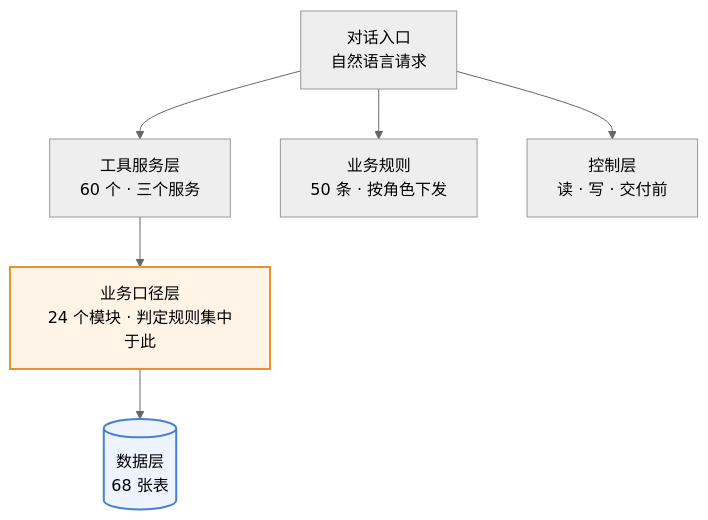
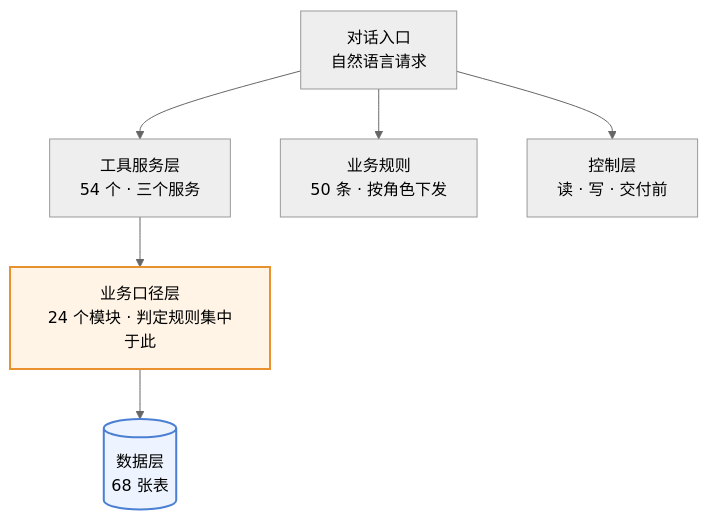
The first of 4 diagrams in 澜绣云裳agent-产品需求文档.md (843773296-rgb/lanxiu-yunshang-agent), drawn with Mermaid (neutral theme) before and after one commit. The commit also changed other lines of this file and 15 other files, not shown here.

````diff
--- a/澜绣云裳agent-产品需求文档.md
+++ b/澜绣云裳agent-产品需求文档.md
@@ -132,12 +133,12 @@
 ```mermaid
 flowchart TD
     M["对话入口<br/>自然语言请求"]
-    M --> T["工具服务层<br/>60 个 · 三个服务"]
+    M --> T["工具服务层<br/>54 个 · 三个服务"]
     M --> R["业务规则<br/>50 条 · 按角色下发"]
     M --> G["控制层<br/>读 · 写 · 交付前"]
     T --> K["业务口径层<br/>24 个模块 · 判定规则集中于此"]
     K --> DB[("数据层<br/>68 张表")]
 
     style K fill:#fff4e6,stroke:#e8912d,stroke-width:2px
     style DB fill:#eef4ff,stroke:#4a7fd4,stroke-width:2px
 ```
````
